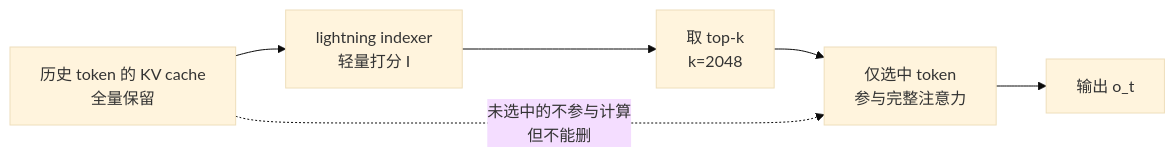
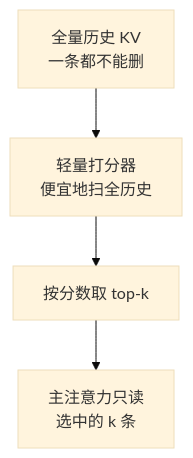
The diagram in knowledge/01-模型结构/稀疏注意力.md (ChaoyuWang04/MockInterview), drawn with Mermaid (base theme) before and after one commit. The commit also changed other lines of this file and 2 other files, not shown here.

````diff
--- a/knowledge/01-模型结构/稀疏注意力.md
+++ b/knowledge/01-模型结构/稀疏注意力.md
@@ -62,8 +98,6 @@
 ```mermaid
-flowchart LR
-    A[历史 token 的 KV cache<br/>全量保留] --> B[lightning indexer<br/>轻量打分 I]
-    B --> C[取 top-k<br/>k=2048]
-    C --> D[仅选中 token<br/>参与完整注意力]
-    D --> E[输出 o_t]
-    A -. 未选中的不参与计算<br/>但不能删 .-> D
+flowchart TD
+    A["全量历史 KV<br/>一条都不能删"] --> B["轻量打分器<br/>便宜地扫全历史"]
+    B --> C["按分数取 top-k"]
+    C --> D["主注意力只读<br/>选中的 k 条"]
 ```
````
